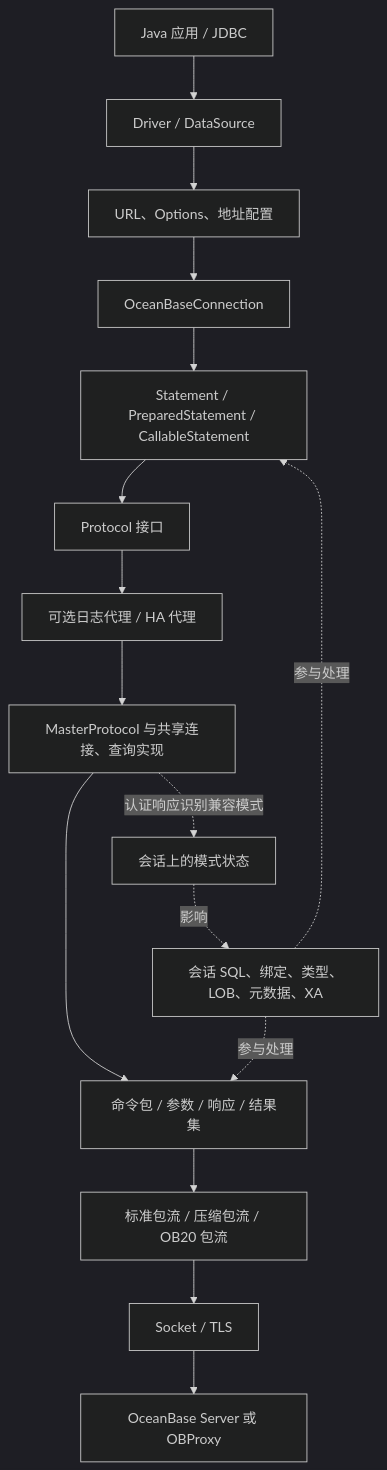
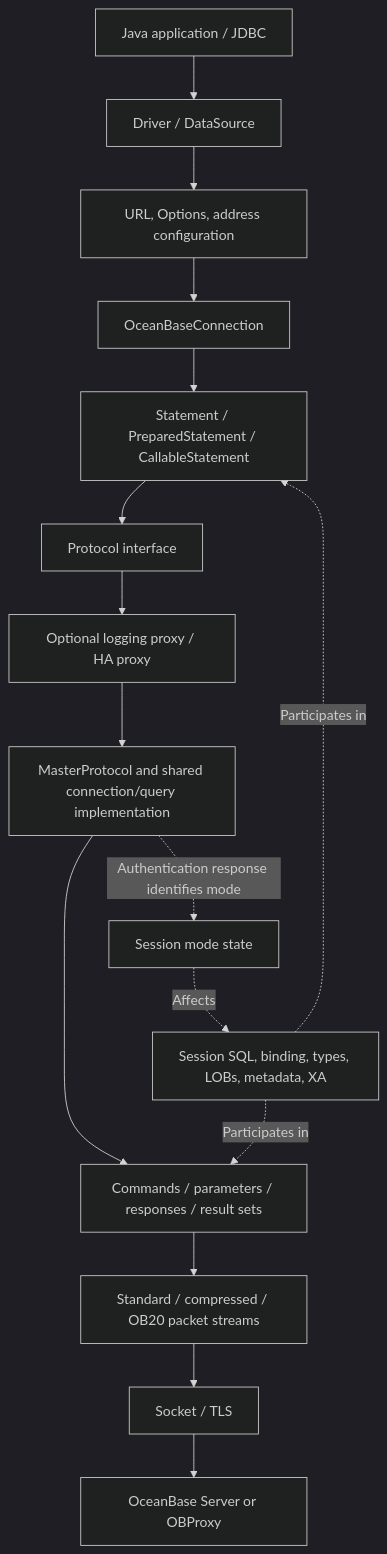
The diagram in docs/obconnector-j-architecture-outline.md (cocosip/go-oceanbase), drawn with Mermaid (dark theme) before and after one commit. The commit also changed other lines of this file and 10 other files, not shown here.

````diff
--- a/docs/obconnector-j-architecture-outline.md
+++ b/docs/obconnector-j-architecture-outline.md
@@ -33,18 +33,18 @@
 ```mermaid
 flowchart TD
-    A[Java 应用 / JDBC] --> B[Driver / DataSource]
-    B --> C[URL、Options、地址配置]
+    A[Java application / JDBC] --> B[Driver / DataSource]
+    B --> C[URL, Options, address configuration]
     C --> D[OceanBaseConnection]
     D --> E[Statement / PreparedStatement / CallableStatement]
-    E --> F[Protocol 接口]
-    F --> G[可选日志代理 / HA 代理]
-    G --> H[MasterProtocol 与共享连接、查询实现]
-    H --> I[命令包 / 参数 / 响应 / 结果集]
-    I --> J[标准包流 / 压缩包流 / OB20 包流]
+    E --> F[Protocol interface]
+    F --> G[Optional logging proxy / HA proxy]
+    G --> H[MasterProtocol and shared connection/query implementation]
+    H --> I[Commands / parameters / responses / result sets]
+    I --> J[Standard / compressed / OB20 packet streams]
     J --> K[Socket / TLS]
-    K --> L[OceanBase Server 或 OBProxy]
-    H -. 认证响应识别兼容模式 .-> M[会话上的模式状态]
-    M -. 影响 .-> N[会话 SQL、绑定、类型、LOB、元数据、XA]
-    N -. 参与处理 .-> E
-    N -. 参与处理 .-> I
+    K --> L[OceanBase Server or OBProxy]
+    H -. Authentication response identifies mode .-> M[Session mode state]
+    M -. Affects .-> N[Session SQL, binding, types, LOBs, metadata, XA]
+    N -. Participates in .-> E
+    N -. Participates in .-> I
 ```
````
